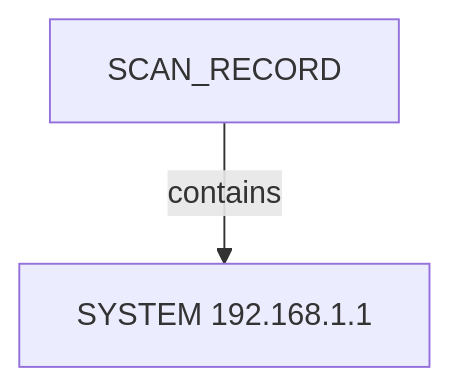
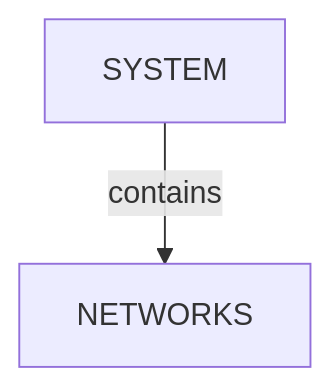
Before and after one commit to brettforbes/spiderfeet: the second of 3 diagrams in .docs/docs-for-cli-tools/nugget_structure/netdiscover_local_subnet_fast_parsable_proposed_nuggets_edges_description.md, drawn with Mermaid. The commit also changed other lines of this file and 31 other files, not shown here.

````diff
--- a/.docs/docs-for-cli-tools/nugget_structure/netdiscover_local_subnet_fast_parsable_proposed_nuggets_edges_description.md
+++ b/.docs/docs-for-cli-tools/nugget_structure/netdiscover_local_subnet_fast_parsable_proposed_nuggets_edges_description.md
@@ -24,6 +46,6 @@
 ```mermaid
 flowchart TD
-  scan["SCAN_RECORD"]
-  sys1["SYSTEM 192.168.1.1"]
-  scan -->|contains| sys1
+  system_1["SYSTEM"]
+  networks_2["NETWORKS"]
+  system_1 -->|contains| networks_2
 ```
````
